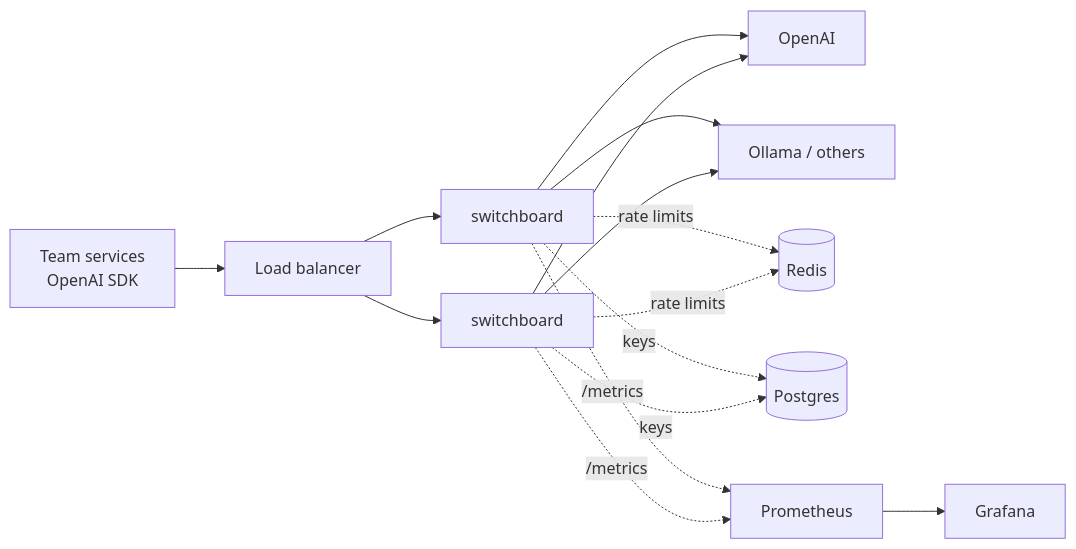
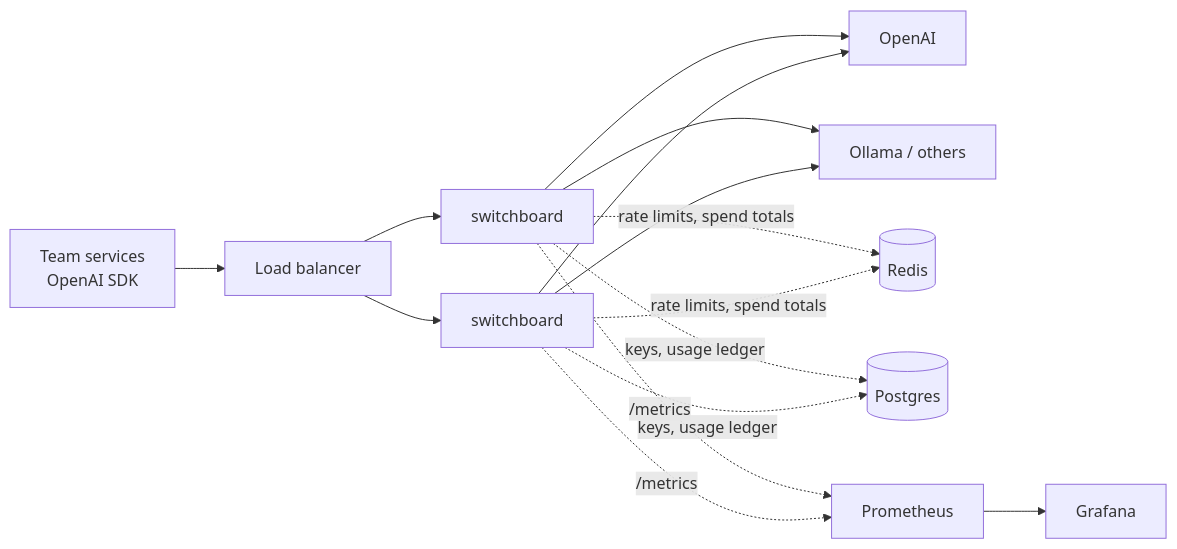
The diagram in README.md (YashrajKupekar17/switchboard), drawn with Mermaid before and after one commit. The commit also changed other lines of this file and 17 other files, not shown here.

````diff
--- a/README.md
+++ b/README.md
@@ -23,11 +23,11 @@
 ```mermaid
 flowchart LR
     C[Team services<br/>OpenAI SDK] --> LB[Load balancer]
     LB --> G1[switchboard]
     LB --> G2[switchboard]
     G1 & G2 --> P1[OpenAI]
     G1 & G2 --> P2[Ollama / others]
-    G1 & G2 -. rate limits .-> R[(Redis)]
-    G1 & G2 -. keys .-> PG[(Postgres)]
+    G1 & G2 -. rate limits, spend totals .-> R[(Redis)]
+    G1 & G2 -. keys, usage ledger .-> PG[(Postgres)]
     G1 & G2 -. /metrics .-> PR[Prometheus] --> GF[Grafana]
 ```
````
